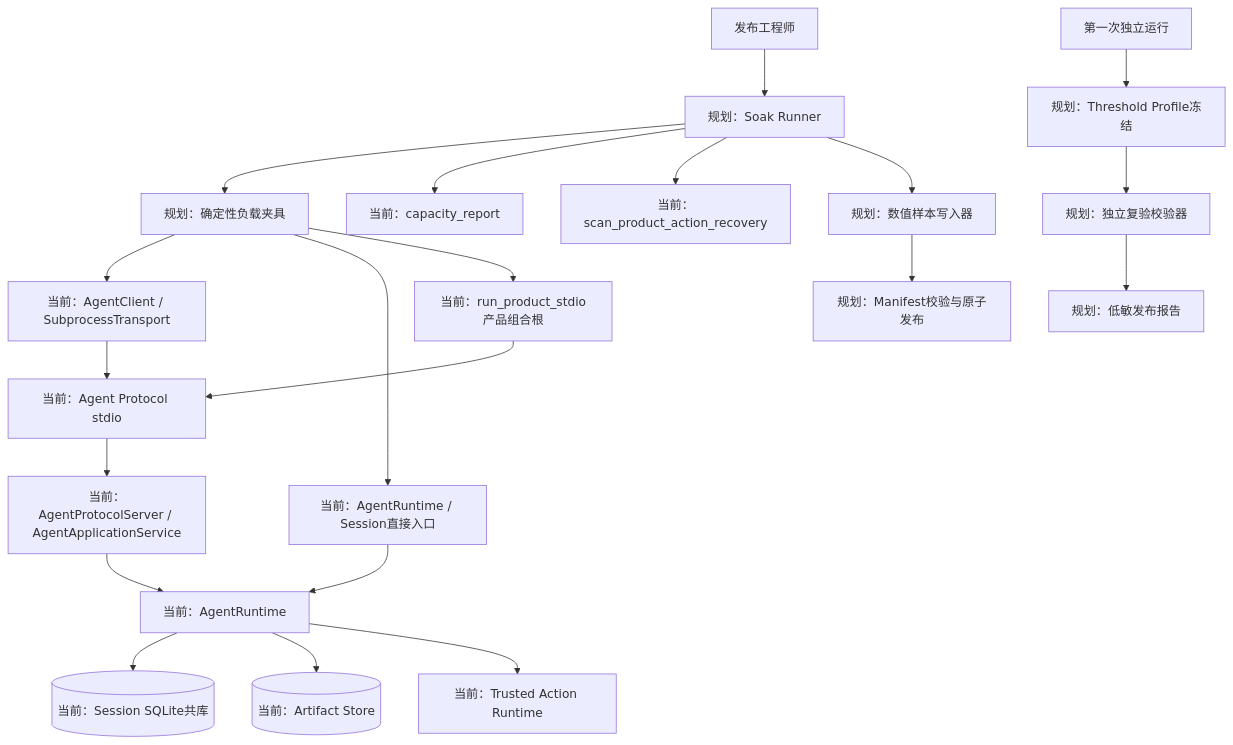
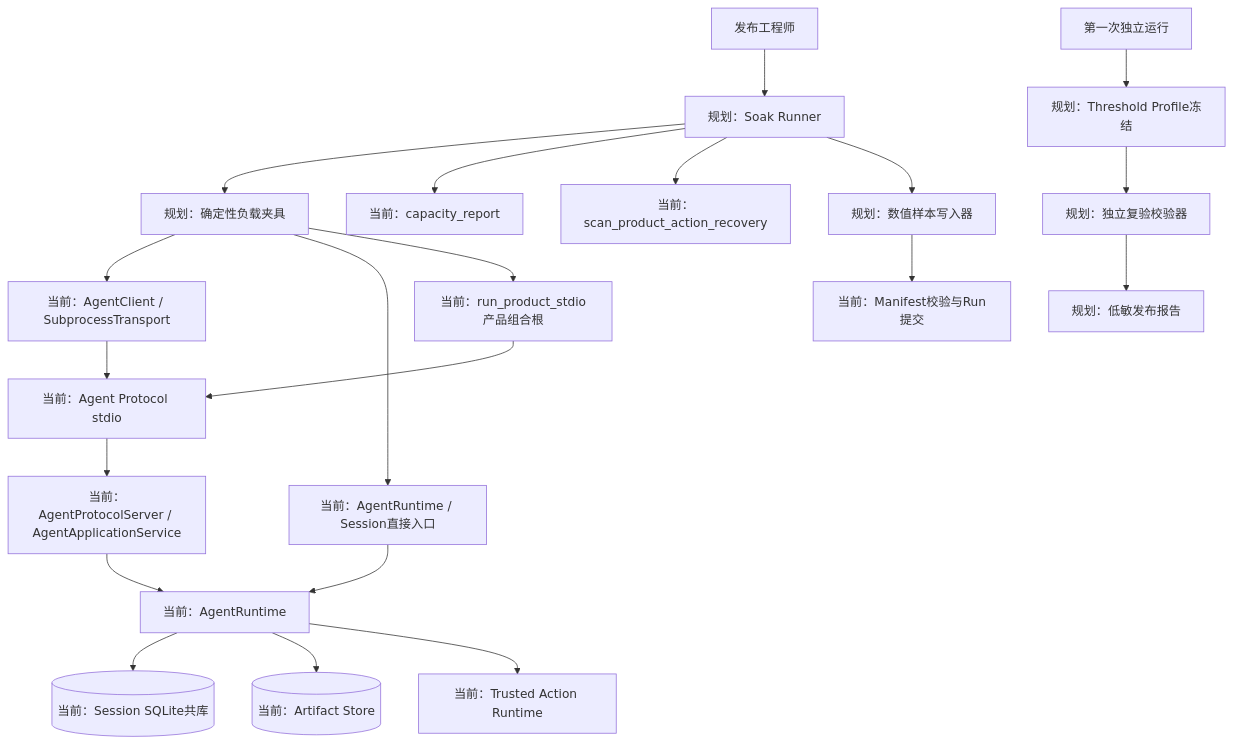
Before and after one commit to carrie1988/Harnessix: the first of 8 diagrams in docs/changes/m09-3d-soak-and-performance-evidence.md, drawn with Mermaid. The commit also changed other lines of this file and 1 other file, not shown here.

````diff
--- a/docs/changes/m09-3d-soak-and-performance-evidence.md
+++ b/docs/changes/m09-3d-soak-and-performance-evidence.md
@@ -115,23 +116,23 @@
 ```mermaid
 flowchart TB
     Operator[发布工程师] --> Runner[规划：Soak Runner]
     Runner --> Fixture[规划：确定性负载夹具]
     Fixture --> SDK[当前：AgentClient / SubprocessTransport]
     Fixture --> Direct[当前：AgentRuntime / Session直接入口]
     Fixture --> Product[当前：run_product_stdio产品组合根]
     SDK --> STDIO[当前：Agent Protocol stdio]
     STDIO --> APP[当前：AgentProtocolServer / AgentApplicationService]
     APP --> RT[当前：AgentRuntime]
     Direct --> RT
     Product --> STDIO
     RT --> SESSION[(当前：Session SQLite共库)]
     RT --> ARTIFACT[(当前：Artifact Store)]
     RT --> ACTION[当前：Trusted Action Runtime]
     Runner --> Capacity[当前：capacity_report]
     Runner --> Recovery[当前：scan_product_action_recovery]
     Runner --> Samples[规划：数值样本写入器]
-    Samples --> Manifest[规划：Manifest校验与原子发布]
+    Samples --> Manifest[当前：Manifest校验与Run提交]
     Baseline[第一次独立运行] --> Profile[规划：Threshold Profile冻结]
     Profile --> Validator[规划：独立复验校验器]
     Validator --> Report[规划：低敏发布报告]
 ```
````
